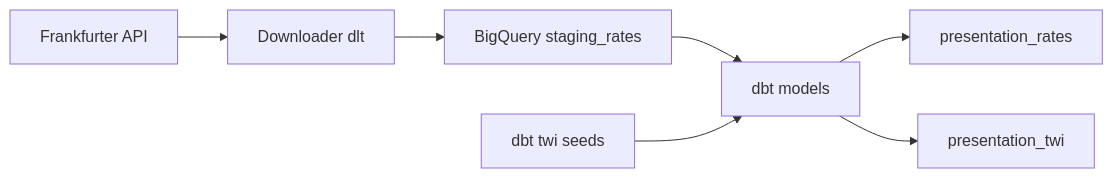
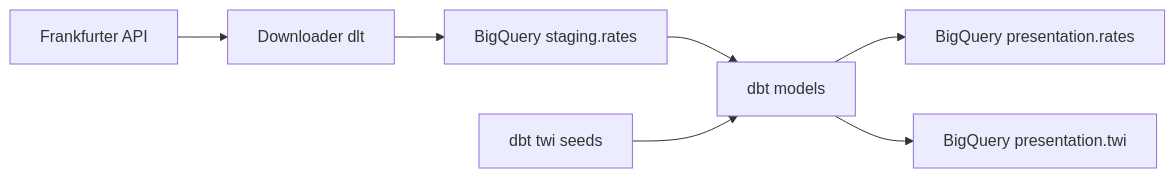
One commit to rboyes/forex changed the diagram in README.md. Above: the diagram before and after it, drawn with Mermaid.

````diff
--- a/README.md
+++ b/README.md
@@ -8,9 +8,9 @@
 ```mermaid
 flowchart LR
   A[Frankfurter API] --> B[Downloader dlt]
-  B --> C[BigQuery staging_rates]
+  B --> C[BigQuery staging.rates]
   C --> D[dbt models]
   S[dbt twi seeds] --> D
-  D --> E[presentation_rates]
-  D --> F[presentation_twi]
+  D --> E[BigQuery presentation.rates]
+  D --> F[BigQuery presentation.twi]
 ```
````
